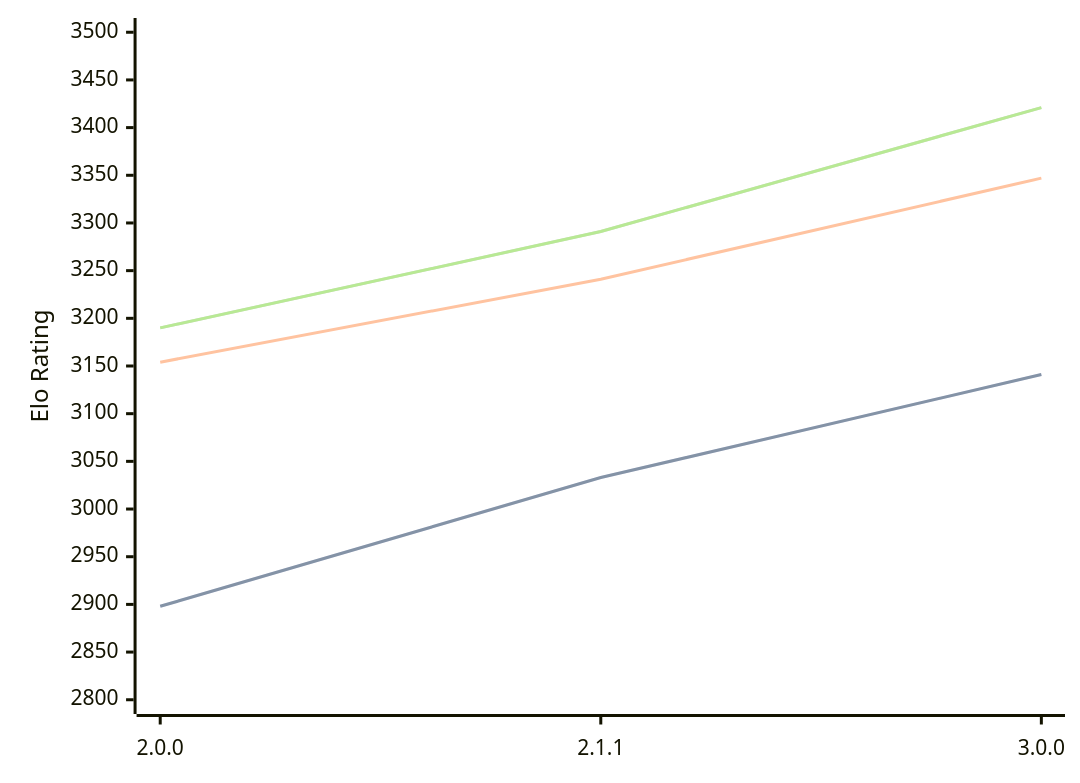
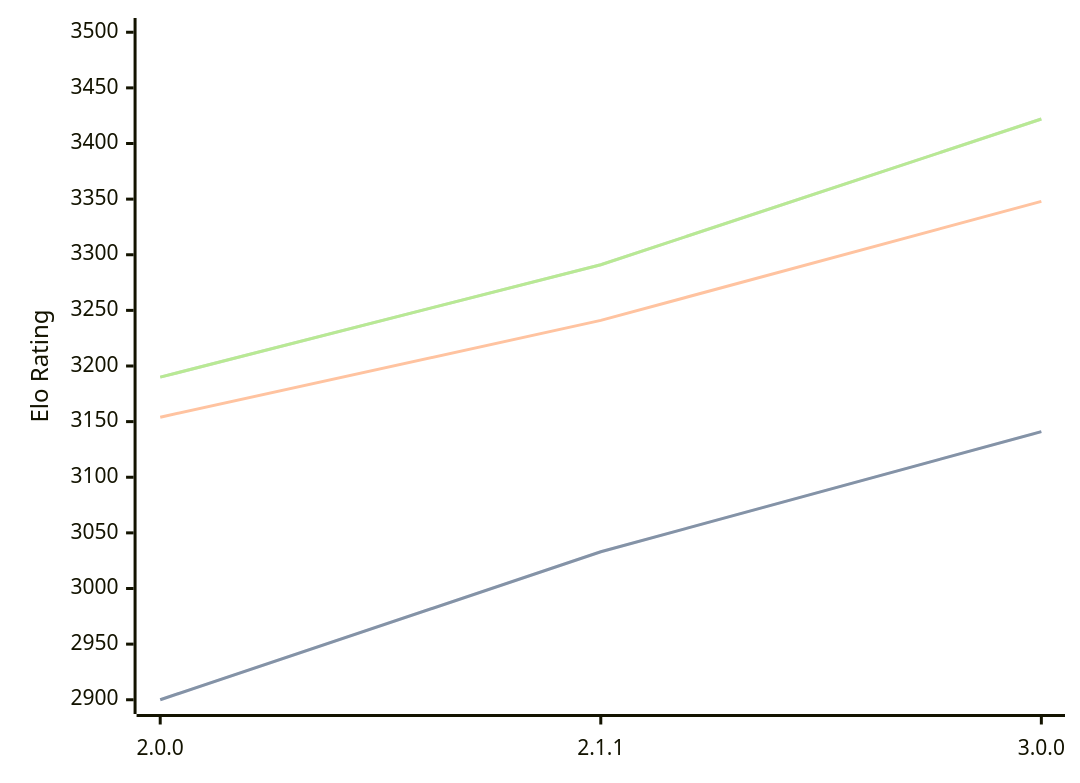
Before and after one commit to computer-chess-index/cci: the diagram in engines/Bread.md, drawn with Mermaid. The commit also changed other lines of this file, not shown here.

Commit message:
Update CCI Ratings (ELO VLTC) - 2026-04-27

````diff
--- a/engines/Bread.md
+++ b/engines/Bread.md
@@ -51,11 +51,11 @@
 ```mermaid
 %%{init: {"theme":"base","themeVariables":{"seriesColors:['#a3a3a3','#222221','#faa371']}}}%%
 xychart-beta
   x-axis ["2.0.0", "2.1.1", "3.0.0"]
-  y-axis "Elo Rating" 2800 --> 3500
-  line "STC (8.0+0.08s)" [2898, 3033, 3141]
-  line "STC (8.0+0.08s)" [2898, 3033, 3141]
-  line "LTC (60.0+0.60s)" [3154, 3241, 3347]
-  line "VLTC (2m24s+1.12s)" [3190, 3291, 3421]
-  line "VLTC (2m24s+1.12s)" [3190, 3291, 3421]
+  y-axis "Elo Rating" 2900 --> 3500
+  line "STC (8.0+0.08s)" [2900, 3033, 3141]
+  line "STC (8.0+0.08s)" [2900, 3033, 3141]
+  line "LTC (60.0+0.60s)" [3154, 3241, 3348]
+  line "VLTC (2m24s+1.12s)" [3190, 3291, 3422]
+  line "VLTC (2m24s+1.12s)" [3190, 3291, 3422]
 ```
````
